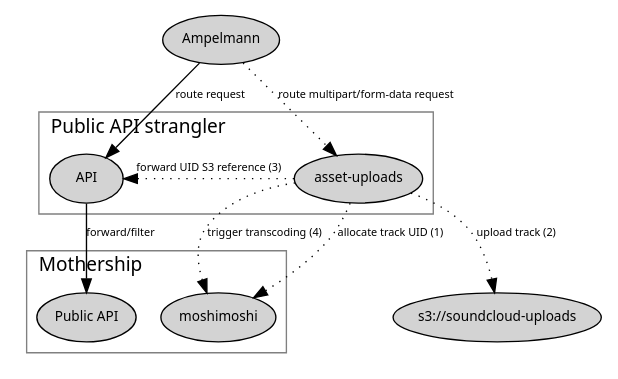
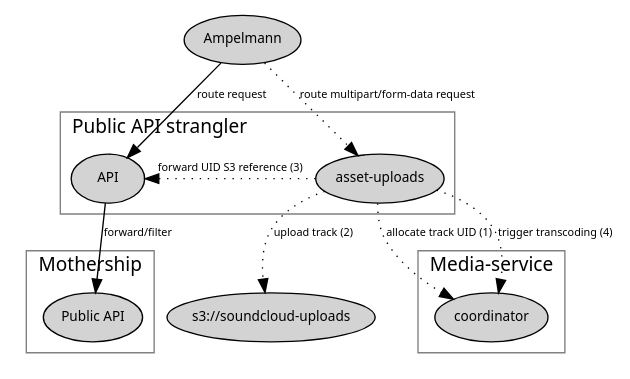
One commit to soundcloud/api changed the diagram in asset-uploads/doc/overview.dot. Above: the diagram before and after it, drawn with Graphviz. The commit also changed 11 other files, not shown here.

```diff
--- a/asset-uploads/doc/overview.dot
+++ b/asset-uploads/doc/overview.dot
@@ -1,41 +1,47 @@
 digraph overview {
 
   node [colorscheme=set37 style="rounded,filled" fontname=sans fontsize=10];
   edge [fontname="sans" fontsize=8];
   color="grey";
   fontname="sans";
   labeljust="l";
   newrank=true;
 
   ampelmann[label="Ampelmann"];
 
   s3[label="s3://soundcloud-uploads"];
 
   subgraph cluster_ms {
     label="Mothership";
     rank=same;
 
-    ms_moshimoshi [label="moshimoshi"];
     ms_public_api [label="Public API"];
+  }
+
+  subgraph cluster_media_service {
+    label="Media-service";
+    rank=same;
+
+    media_service_coordinator [label="coordinator"];
   }
 
   subgraph cluster_pas {
     label="Public API strangler";
     rank=same;
 
     pas_api           [label="API"];
     pas_asset_uploads [label="asset-uploads"];
   }
 
   // Regular request flow -- forward/filtering elided.
   ampelmann -> pas_api       [label="route request"];
   pas_api   -> ms_public_api [label="forward/filter"];
 
   // Specific flow for POST/PUT + multipart/form-data requests.
   ampelmann -> pas_asset_uploads     [style="dotted", label="route multipart/form-data request"];
-  pas_asset_uploads -> ms_moshimoshi [style="dotted", label="allocate track UID (1)"];
+  pas_asset_uploads -> media_service_coordinator [style="dotted", label="allocate track UID (1)"];
   pas_asset_uploads -> s3            [style="dotted", label="upload track (2)"];
   pas_asset_uploads -> pas_api       [style="dotted", label="forward UID S3 reference (3)"];
-  pas_asset_uploads -> ms_moshimoshi [style="dotted", label="trigger transcoding (4)"]
+  pas_asset_uploads -> media_service_coordinator [style="dotted", label="trigger transcoding (4)"]
 
 }
```
